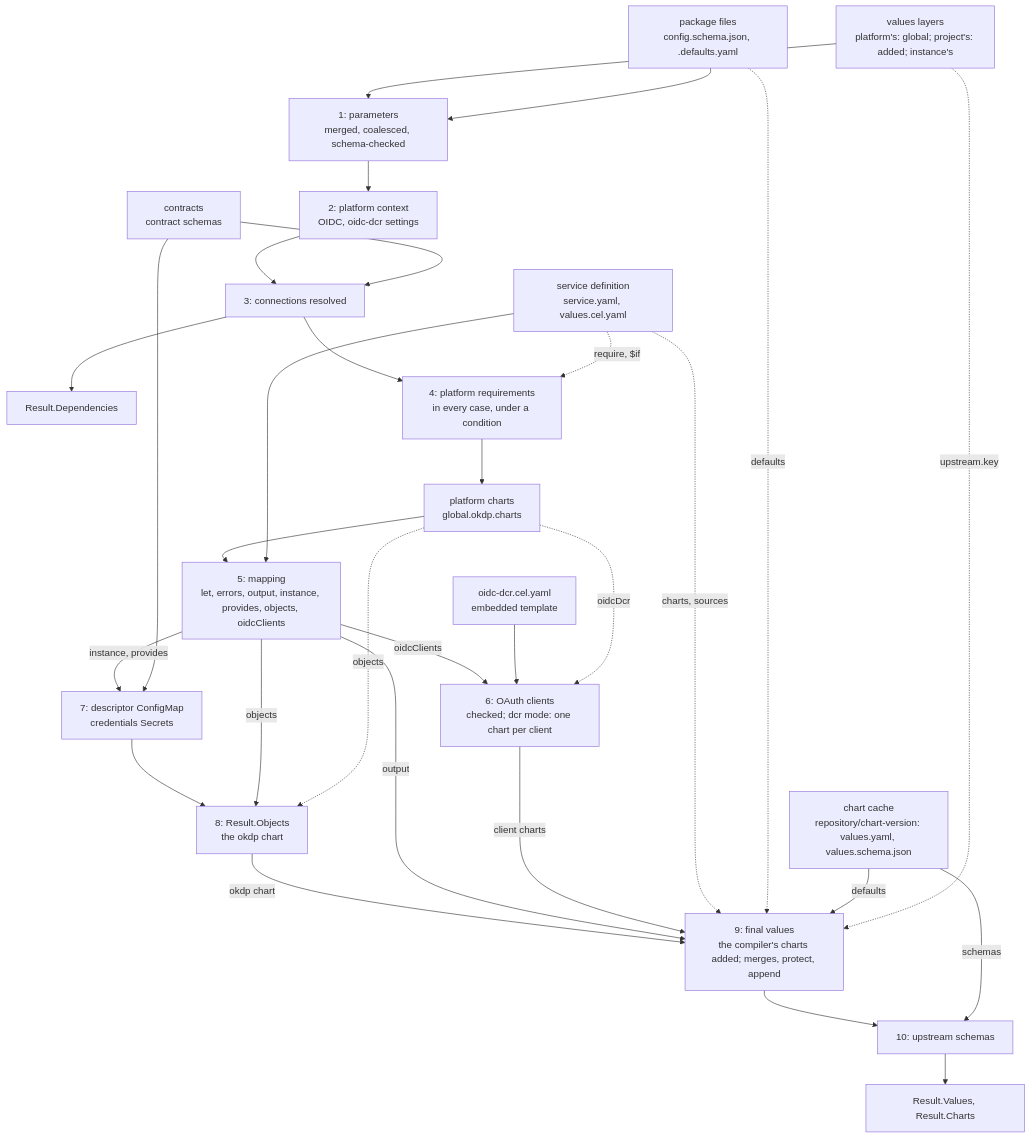
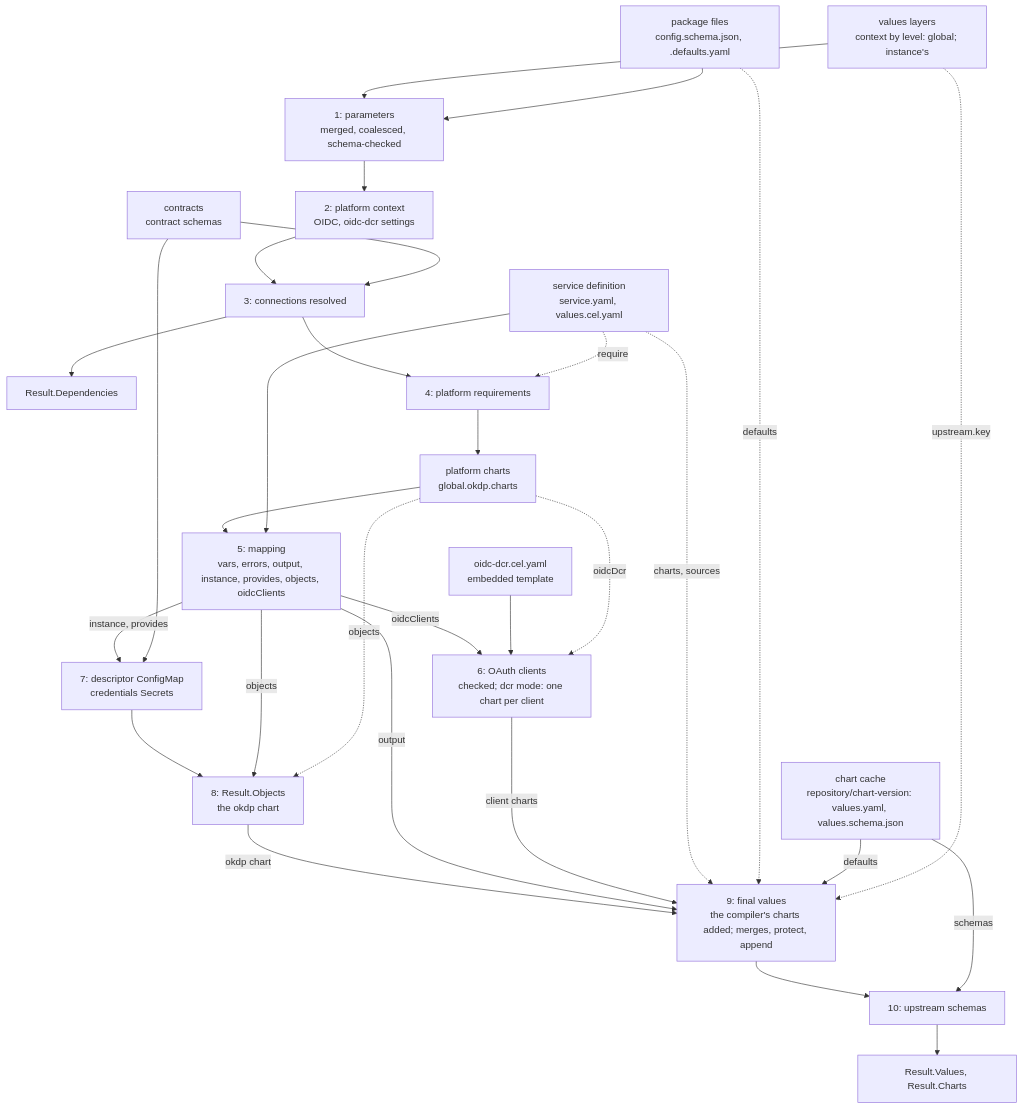
The diagram in docs/00_architecture.md (OKDP/okdp-compiler), drawn with Mermaid before and after one commit. The commit also changed other lines of this file and 136 other files, not shown here.

Commit message:
feat!: context levels replace --platform and --project

````diff
--- a/docs/00_architecture.md
+++ b/docs/00_architecture.md
@@ -44,39 +45,39 @@
 ```mermaid
 flowchart TD
   def["service definition<br/>service.yaml, values.cel.yaml"]
   pkg["package files<br/>config.schema.json, <key>.defaults.yaml"]
-  layers["values layers<br/>platform's: global; project's: added; instance's"]
+  layers["values layers<br/>context by level: global; instance's"]
   contracts["contracts<br/>contract schemas"]
   cache["chart cache<br/>repository/chart-version: values.yaml, values.schema.json"]
   tmpl["oidc-dcr.cel.yaml<br/>embedded template"]
 
   layers --> s1["1: parameters<br/>merged, coalesced, schema-checked"]
   pkg --> s1
   s1 --> s2["2: platform context<br/>OIDC, oidc-dcr settings"]
   s2 --> s3["3: connections resolved"]
   contracts --> s3
   s3 --> deps["Result.Dependencies"]
-  s3 --> s4["4: platform requirements<br/>in every case, under a condition"]
-  def -. "require, $if" .-> s4
+  s3 --> s4["4: platform requirements"]
+  def -. "require" .-> s4
   s4 --> pc["platform charts<br/>global.okdp.charts"]
-  pc --> s5["5: mapping<br/>let, errors, output, instance, provides, objects, oidcClients"]
+  pc --> s5["5: mapping<br/>vars, errors, output, instance, provides, objects, oidcClients"]
   def --> s5
   s5 -- oidcClients --> s6["6: OAuth clients<br/>checked; dcr mode: one chart per client"]
   tmpl --> s6
   pc -. oidcDcr .-> s6
   s5 -- "instance, provides" --> s7["7: descriptor ConfigMap<br/>credentials Secrets"]
   contracts --> s7
   s7 --> s8["8: Result.Objects<br/>the okdp chart"]
   s5 -- objects --> s8
   pc -. objects .-> s8
   s8 -- "okdp chart" --> s9
   s5 -- output --> s9["9: final values<br/>the compiler's charts added; merges, protect, append"]
   s6 -- "client charts" --> s9
   def -. "charts, sources" .-> s9
   pkg -. defaults .-> s9
   cache -- defaults --> s9
   layers -. "upstream.key" .-> s9
   s9 --> s10["10: upstream schemas"]
   cache -- schemas --> s10
   s10 --> vals["Result.Values, Result.Charts"]
 ```
````
